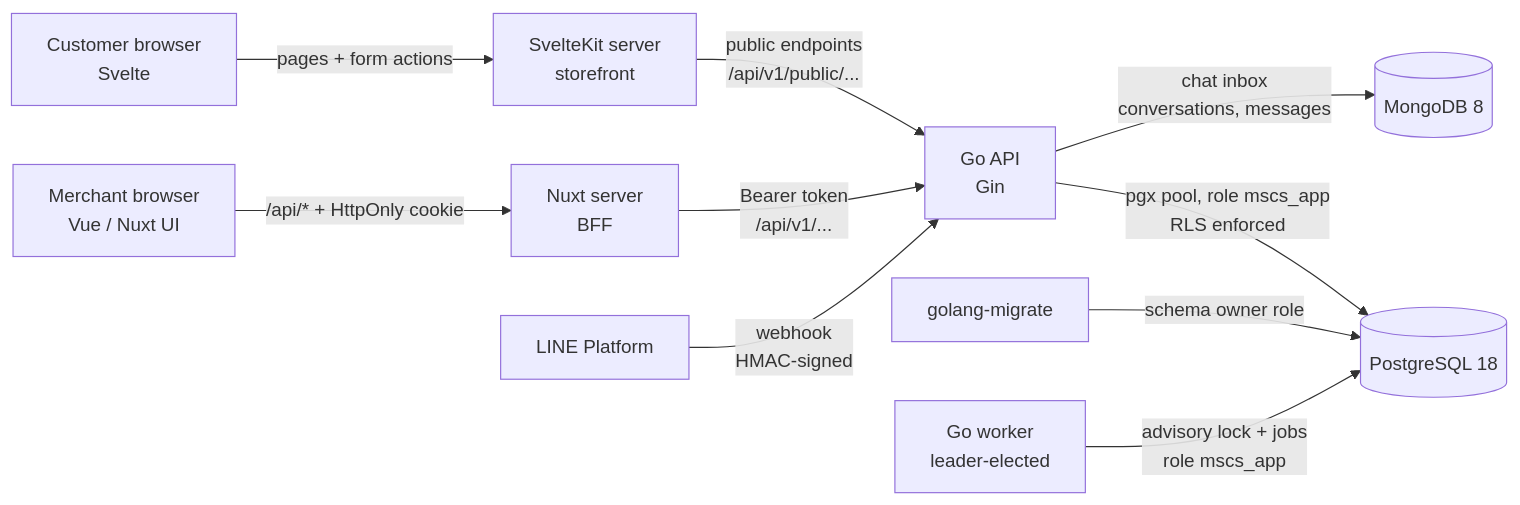
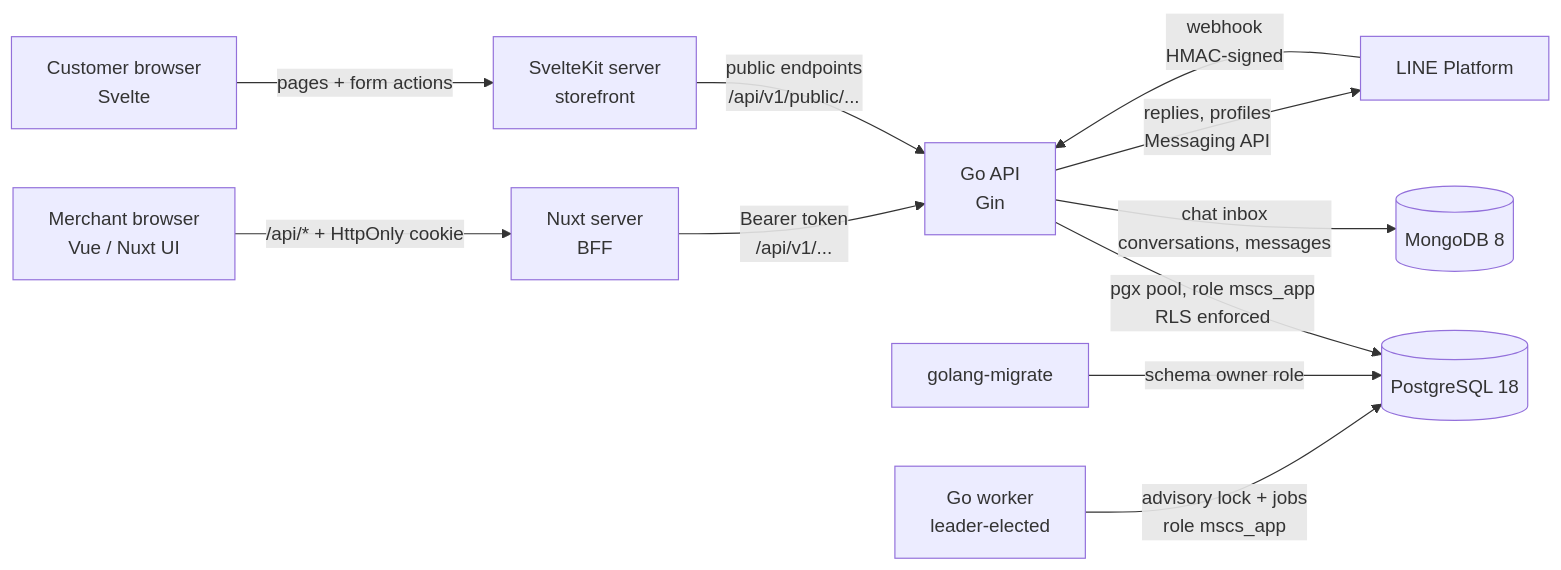
Before and after one commit to AriyaChakot/Minis-social-commerce-SaaS: the diagram in README.md, drawn with Mermaid. The commit also changed other lines of this file and 24 other files, not shown here.

````diff
--- a/README.md
+++ b/README.md
@@ -47,12 +48,13 @@
 ```mermaid
 flowchart LR
     B[Merchant browser<br/>Vue / Nuxt UI] -- "/api/* + HttpOnly cookie" --> N[Nuxt server<br/>BFF]
     C[Customer browser<br/>Svelte] -- "pages + form actions" --> S[SvelteKit server<br/>storefront]
     N -- "Bearer token<br/>/api/v1/..." --> G[Go API<br/>Gin]
     S -- "public endpoints<br/>/api/v1/public/..." --> G
     G -- "pgx pool, role mscs_app<br/>RLS enforced" --> P[(PostgreSQL 18)]
     G -- "chat inbox<br/>conversations, messages" --> M[(MongoDB 8)]
     L[LINE Platform] -- "webhook<br/>HMAC-signed" --> G
+    G -- "replies, profiles<br/>Messaging API" --> L
     MG[golang-migrate] -- "schema owner role" --> P
     W[Go worker<br/>leader-elected] -- "advisory lock + jobs<br/>role mscs_app" --> P
 ```
````
